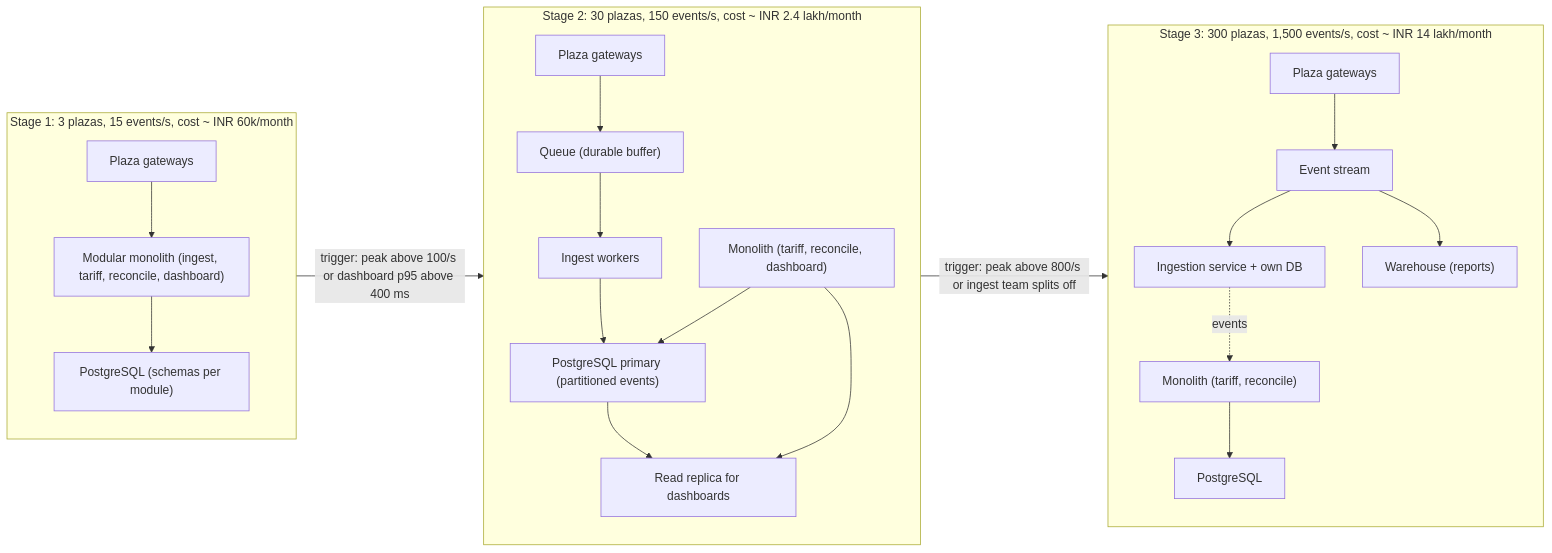
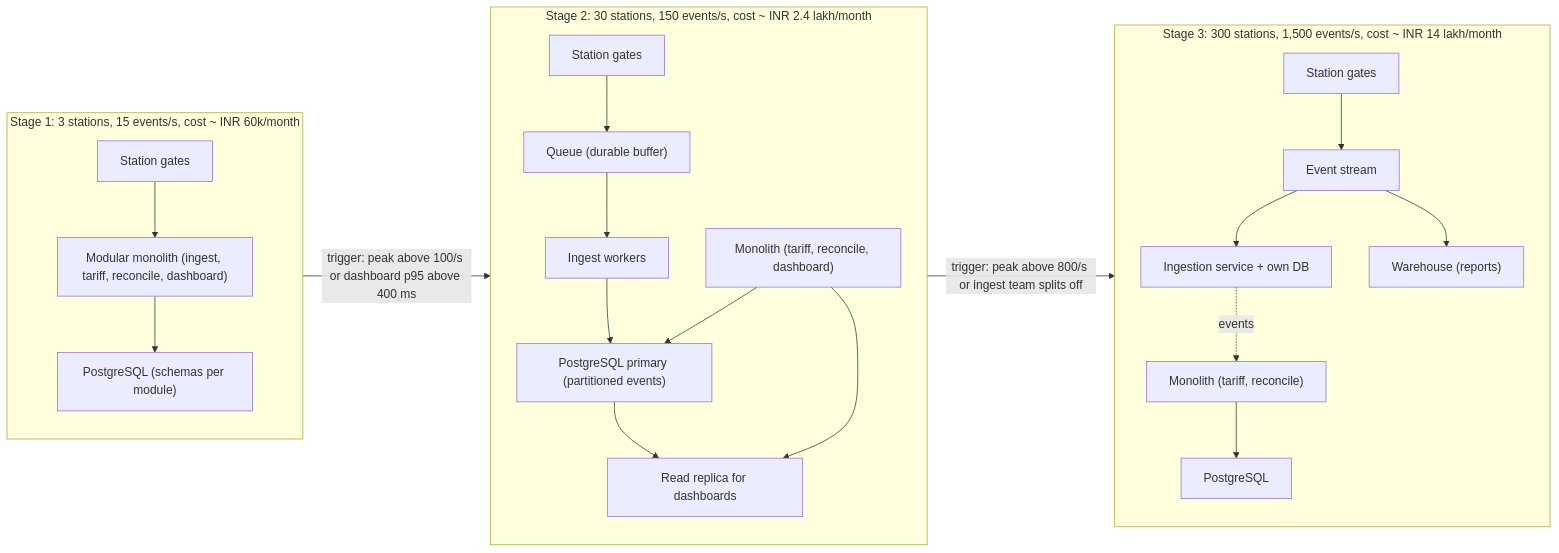
One commit to rizwi0786/system-design-lab changed the first of 3 diagrams in content/lessons/m16/m16-architecture-evolution.md. Above: the diagram before and after it, drawn with Mermaid. The commit also changed other lines of this file and 334 other files, not shown here.

````diff
--- a/content/lessons/m16/m16-architecture-evolution.md
+++ b/content/lessons/m16/m16-architecture-evolution.md
@@ -139,24 +141,24 @@
 ```mermaid
 flowchart LR
-    subgraph S1["Stage 1: 3 plazas, 15 events/s, cost ~ INR 60k/month"]
-        C1["Plaza gateways"] --> A1["Modular monolith (ingest, tariff, reconcile, dashboard)"]
+    subgraph S1["Stage 1: 3 stations, 15 events/s, cost ~ INR 60k/month"]
+        C1["Station gates"] --> A1["Modular monolith (ingest, tariff, reconcile, dashboard)"]
         A1 --> D1["PostgreSQL (schemas per module)"]
     end
-    subgraph S2["Stage 2: 30 plazas, 150 events/s, cost ~ INR 2.4 lakh/month"]
-        C2["Plaza gateways"] --> Q2["Queue (durable buffer)"]
+    subgraph S2["Stage 2: 30 stations, 150 events/s, cost ~ INR 2.4 lakh/month"]
+        C2["Station gates"] --> Q2["Queue (durable buffer)"]
         Q2 --> W2["Ingest workers"]
         W2 --> D2["PostgreSQL primary (partitioned events)"]
         D2 --> R2["Read replica for dashboards"]
         A2["Monolith (tariff, reconcile, dashboard)"] --> D2
         A2 --> R2
     end
-    subgraph S3["Stage 3: 300 plazas, 1,500 events/s, cost ~ INR 14 lakh/month"]
-        C3["Plaza gateways"] --> ST3["Event stream"]
+    subgraph S3["Stage 3: 300 stations, 1,500 events/s, cost ~ INR 14 lakh/month"]
+        C3["Station gates"] --> ST3["Event stream"]
         ST3 --> I3["Ingestion service + own DB"]
         ST3 --> WH3["Warehouse (reports)"]
         A3["Monolith (tariff, reconcile)"] --> D3["PostgreSQL"]
         I3 -. "events" .-> A3
     end
     S1 -- "trigger: peak above 100/s or dashboard p95 above 400 ms" --> S2
     S2 -- "trigger: peak above 800/s or ingest team splits off" --> S3
 ```
````
